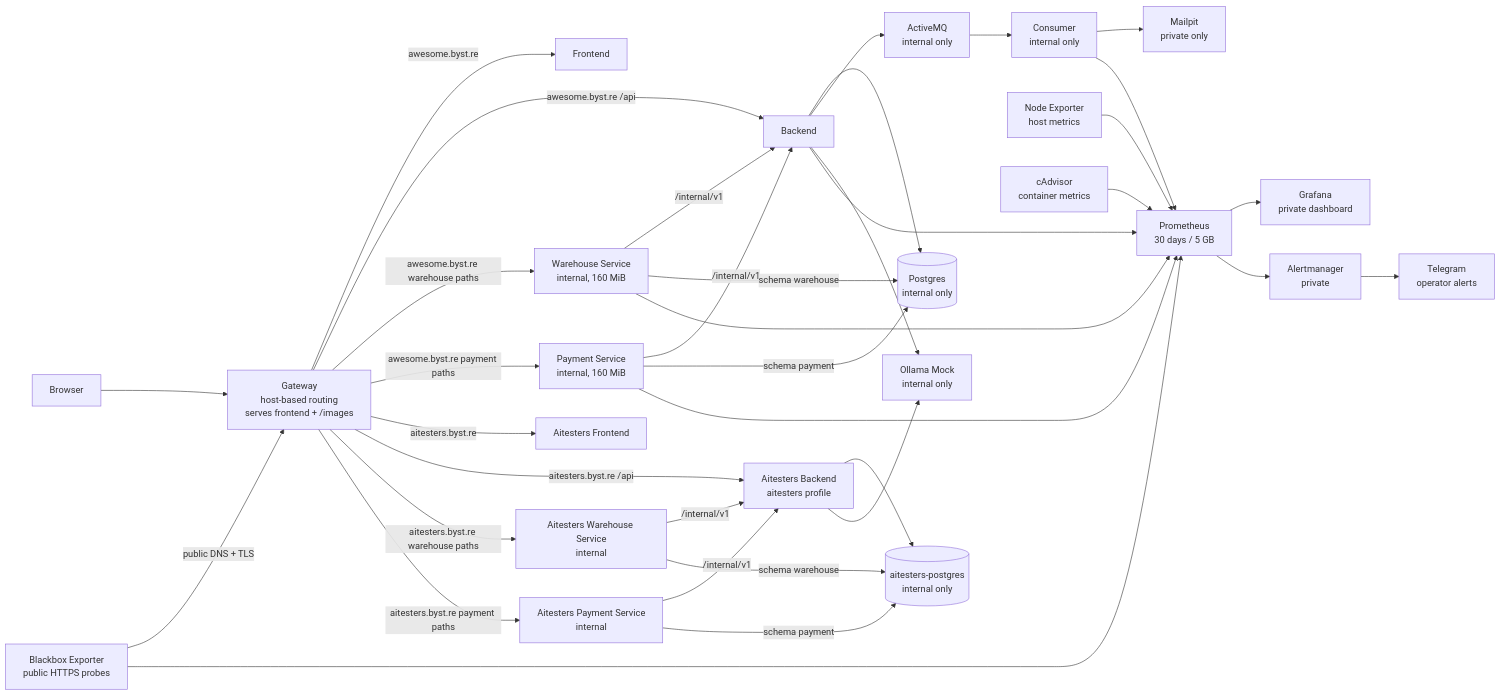
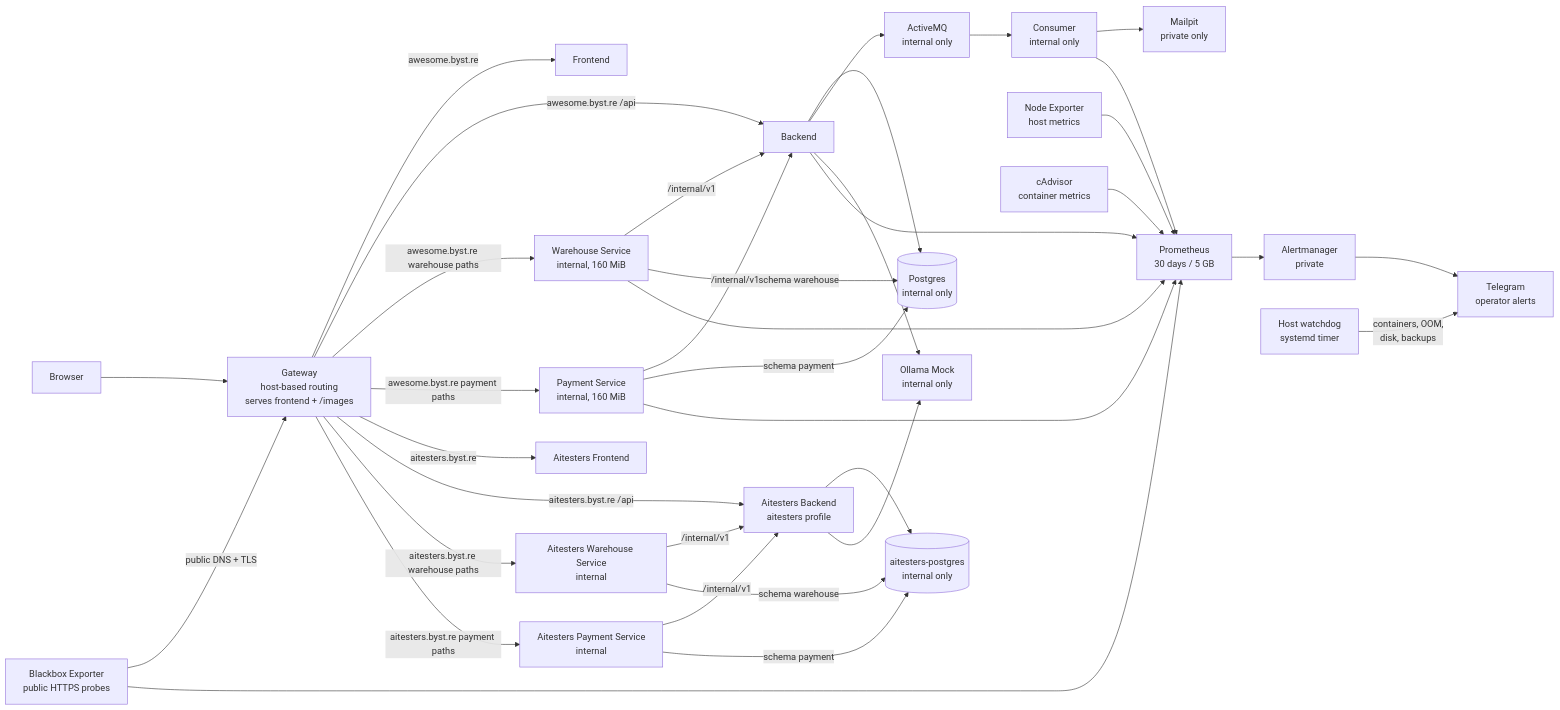
The third of 3 diagrams in README.md (slawekradzyminski/awesome-localstack), drawn with Mermaid before and after one commit. The commit also changed other lines of this file and 51 other files, not shown here.

First line of the commit message:
Lean production monitoring: remove Grafana, add host watchdog, local monitoring overlay (#82)

````diff
--- a/README.md
+++ b/README.md
@@ -426,62 +452,61 @@
 ```mermaid
 flowchart LR
     U[Browser]
     G[Gateway<br/>host-based routing<br/>serves frontend + /images]
     F[Frontend]
     B[Backend]
     W[Warehouse Service<br/>internal, 160 MiB]
     PS[Payment Service<br/>internal, 160 MiB]
     AF[Aitesters Frontend]
     AB[Aitesters Backend<br/>aitesters profile]
     AW[Aitesters Warehouse Service<br/>internal]
     APS[Aitesters Payment Service<br/>internal]
     ADB[(aitesters-postgres<br/>internal only)]
     DB[(Postgres<br/>internal only)]
     MQ[ActiveMQ<br/>internal only]
     C[Consumer<br/>internal only]
     M[Mailpit<br/>private only]
     O[Ollama Mock<br/>internal only]
     N[Node Exporter<br/>host metrics]
     CA[cAdvisor<br/>container metrics]
     BB[Blackbox Exporter<br/>public HTTPS probes]
     P[Prometheus<br/>30 days / 5 GB]
     AM[Alertmanager<br/>private]
     T[Telegram<br/>operator alerts]
-    GR[Grafana<br/>private dashboard]
 
     U --> G
     G -->|awesome.byst.re| F
     G -->|awesome.byst.re /api| B
     G -->|awesome.byst.re warehouse paths| W
     G -->|awesome.byst.re payment paths| PS
     W -->|/internal/v1| B
     PS -->|/internal/v1| B
     W -->|schema warehouse| DB
     PS -->|schema payment| DB
     G -->|aitesters.byst.re| AF
     G -->|aitesters.byst.re /api| AB
     G -->|aitesters.byst.re warehouse paths| AW
     G -->|aitesters.byst.re payment paths| APS
     AW -->|/internal/v1| AB
     APS -->|/internal/v1| AB
     AB --> ADB
     AW -->|schema warehouse| ADB
     APS -->|schema payment| ADB
     B --> DB
     B --> MQ
     MQ --> C
     C --> M
     B --> O
     AB --> O
     N --> P
     CA --> P
     BB -->|public DNS + TLS| G
     BB --> P
     B --> P
     C --> P
     W --> P
     PS --> P
-    P --> GR
     P --> AM
     AM --> T
+    WD[Host watchdog<br/>systemd timer] -->|containers, OOM,<br/>disk, backups| T
 ```
````
